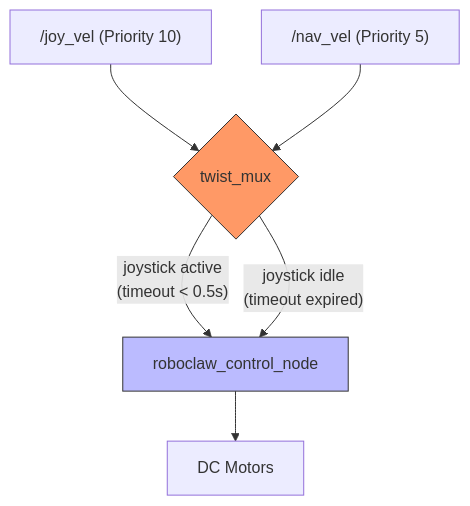
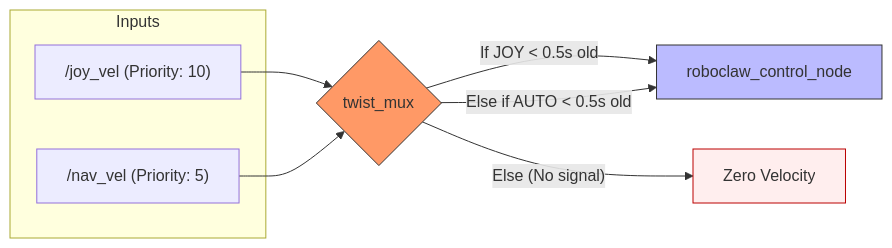
One commit to Arsen-Robotics/bigfootbot changed the diagram in docs/architecture/control/README.md. Above: the diagram before and after it, drawn with Mermaid.

Commit message:
docs: clarify twist_mux arbitration logic with if/else flowchart

````diff
--- a/docs/architecture/control/README.md
+++ b/docs/architecture/control/README.md
@@ -18,13 +18,21 @@
 ```mermaid
-flowchart TD
-    JOY["/joy_vel (Priority 10)"] --> MUX{twist_mux}
-    AUTO["/nav_vel (Priority 5)"] --> MUX
+flowchart LR
+    subgraph Inputs
+        JOY["/joy_vel (Priority: 10)"]
+        AUTO["/nav_vel (Priority: 5)"]
+    end
 
-    MUX -- "joystick active\n(timeout < 0.5s)" --> RC
-    MUX -- "joystick idle\n(timeout expired)" --> RC
+    MUX{twist_mux}
+    RC[roboclaw_control_node]
 
-    RC[roboclaw_control_node] --> MOTORS[DC Motors]
+    JOY --> MUX
+    AUTO --> MUX
+
+    MUX -- "If JOY < 0.5s old" --> RC
+    MUX -- "Else if AUTO < 0.5s old" --> RC
+    MUX -- "Else (No signal)" --> STOP[Zero Velocity]
 
     style MUX fill:#f96,stroke:#333
+    style STOP fill:#fee,stroke:#b00
     style RC fill:#bbf,stroke:#333
 ```
````
